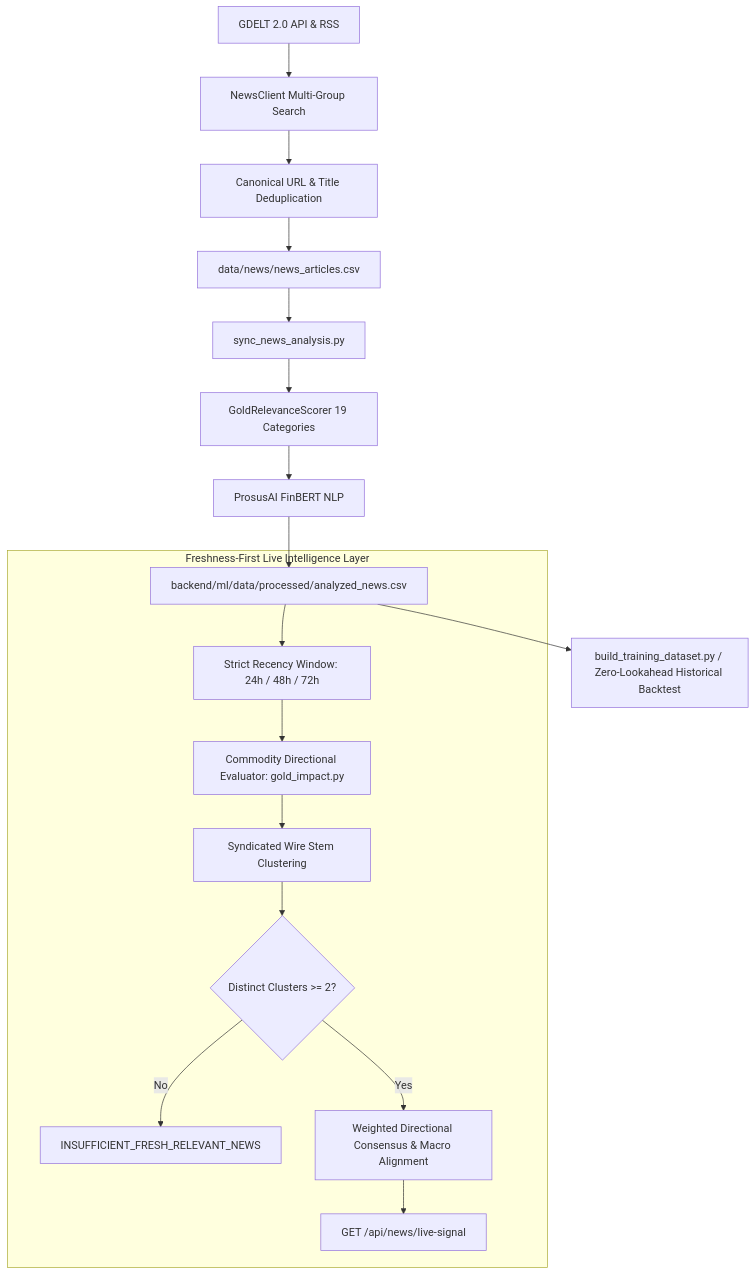
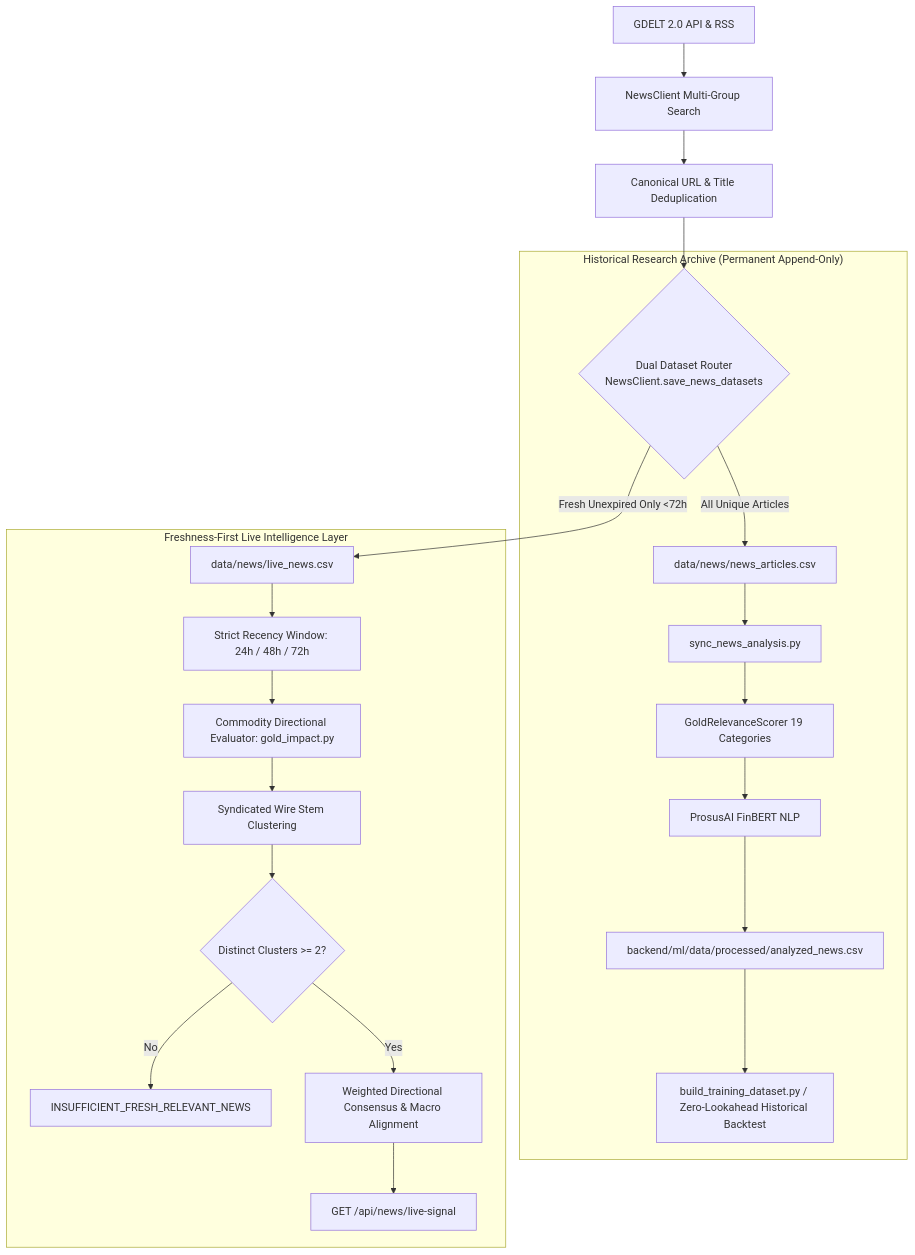
The diagram in docs/news/NEWS_PIPELINE.md (Dhruv-vm/GoldSense-AI), drawn with Mermaid before and after one commit. The commit also changed other lines of this file and 19 other files, not shown here.

Commit message:
feat(news): implement freshness-first news collection, dual-dataset persistence, and schedule ordering

````diff
--- a/docs/news/NEWS_PIPELINE.md
+++ b/docs/news/NEWS_PIPELINE.md
@@ -5,22 +5,26 @@
 ```mermaid
 flowchart TD
     GDELT[GDELT 2.0 API & RSS] --> Collector[NewsClient Multi-Group Search]
     Collector --> Dedupe[Canonical URL & Title Deduplication]
-    Dedupe --> RawCSV[data/news/news_articles.csv]
-    RawCSV --> Sync[sync_news_analysis.py]
-    Sync --> Filter[GoldRelevanceScorer 19 Categories]
-    Filter --> FinBERT[ProsusAI FinBERT NLP]
-    FinBERT --> AnalyzedCSV[backend/ml/data/processed/analyzed_news.csv]
+    Dedupe --> DualRouter{Dual Dataset Router<br/>NewsClient.save_news_datasets}
+
+    subgraph ResearchArchive["Historical Research Archive (Permanent Append-Only)"]
+        DualRouter -->|All Unique Articles| RawCSV[data/news/news_articles.csv]
+        RawCSV --> Sync[sync_news_analysis.py]
+        Sync --> Filter[GoldRelevanceScorer 19 Categories]
+        Filter --> FinBERT[ProsusAI FinBERT NLP]
+        FinBERT --> AnalyzedCSV[backend/ml/data/processed/analyzed_news.csv]
+        AnalyzedCSV --> MLMerge[build_training_dataset.py / Zero-Lookahead Historical Backtest]
+    end
 
     subgraph LiveIntelligence["Freshness-First Live Intelligence Layer"]
-        AnalyzedCSV --> RecencyFilter[Strict Recency Window: 24h / 48h / 72h]
+        DualRouter -->|Fresh Unexpired Only &lt;72h| LiveCSV[data/news/live_news.csv]
+        LiveCSV --> RecencyFilter[Strict Recency Window: 24h / 48h / 72h]
         RecencyFilter --> ImpactEval[Commodity Directional Evaluator: gold_impact.py]
         ImpactEval --> WireClustering[Syndicated Wire Stem Clustering]
         WireClustering --> ThresholdGuard{Distinct Clusters >= 2?}
         ThresholdGuard -->|No| InsufficientStatus[INSUFFICIENT_FRESH_RELEVANT_NEWS]
         ThresholdGuard -->|Yes| NetConsensus[Weighted Directional Consensus & Macro Alignment]
         NetConsensus --> LiveSignalEndpoint[GET /api/news/live-signal]
     end
-
-    AnalyzedCSV --> MLMerge[build_training_dataset.py / Zero-Lookahead Historical Backtest]
 ```
````
